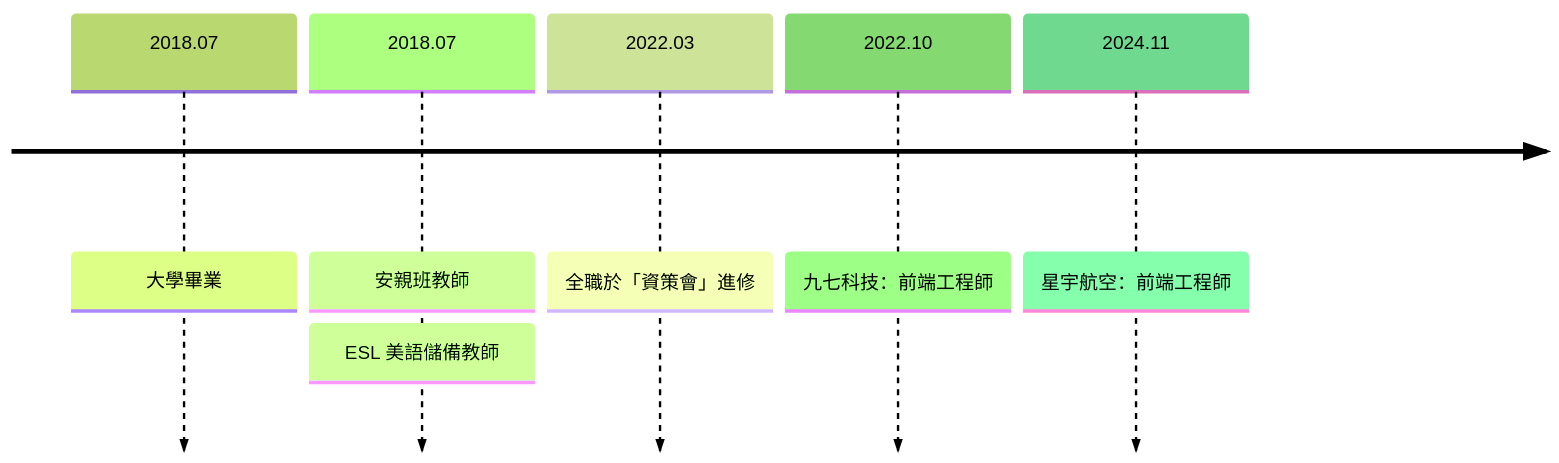
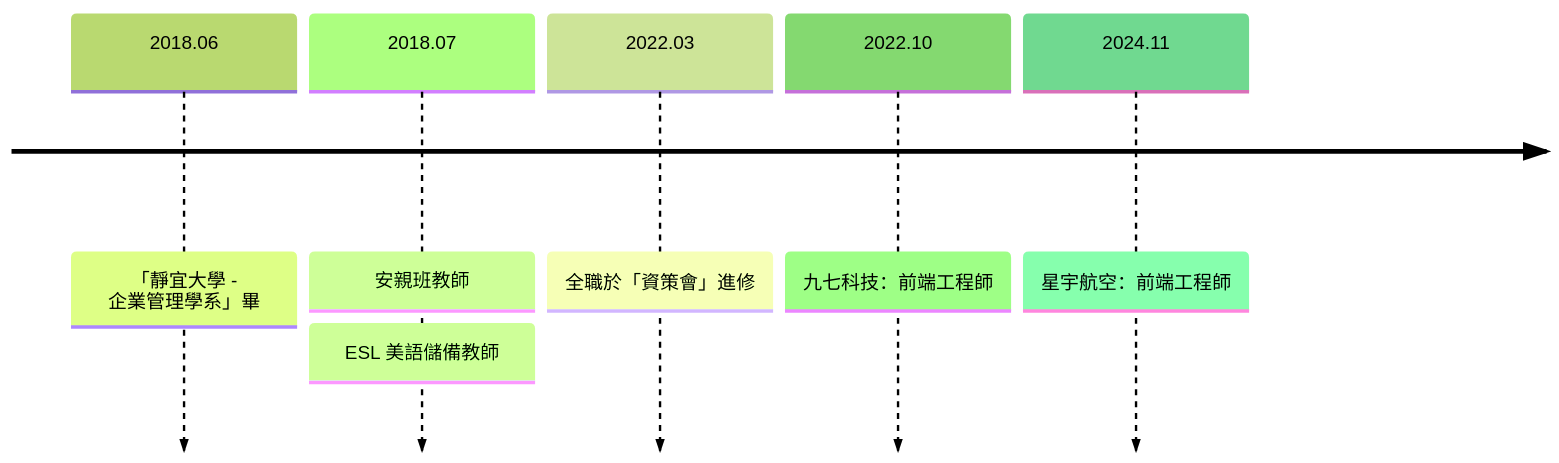
One commit to hangineer/CS-Degree-Interview changed the diagram in pages/intro-slides.md. Above: the diagram before and after it, drawn with Mermaid. The commit also changed other lines of this file and 6 other files, not shown here.

````diff
--- a/pages/intro-slides.md
+++ b/pages/intro-slides.md
@@ -5,10 +5,10 @@
 ```mermaid
 %%{init: { 'logLevel': 'debug', 'theme': 'forest' } }%%
 timeline
 
-    2018.07 : 大學畢業
+    2018.06 : 「靜宜大學 - 企業管理學系」畢
     2018.07 : 安親班教師 : ESL 美語儲備教師
     2022.03 : 全職於「資策會」進修
     2022.10 : 九七科技：前端工程師
     2024.11 : 星宇航空：前端工程師
 ```
````
